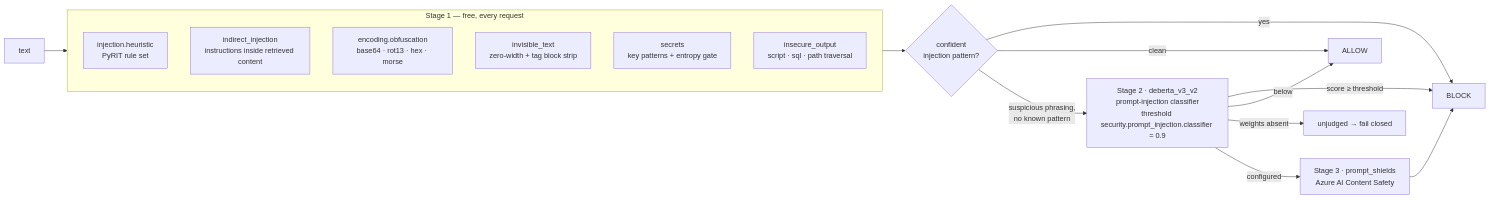
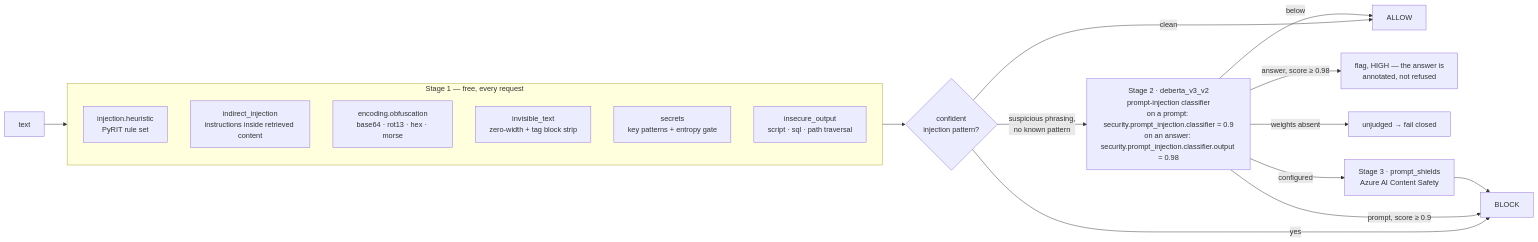
Before and after one commit to saimuthiki/RAI_AFNI: the third of 8 diagrams in README.md, drawn with Mermaid. The commit also changed other lines of this file and 13 other files, not shown here.

````diff
--- a/README.md
+++ b/README.md
@@ -562,22 +562,23 @@
 ```mermaid
 flowchart LR
     IN["text"] --> S1
     subgraph S1["Stage 1 — free, every request"]
       direction TB
       INJ["injection.heuristic<br/>PyRIT rule set"]
       IND["indirect_injection<br/>instructions inside retrieved content"]
       ENC["encoding.obfuscation<br/>base64 · rot13 · hex · morse"]
       INV["invisible_text<br/>zero-width + tag block strip"]
       SEC["secrets<br/>key patterns + entropy gate"]
       OUT["insecure_output<br/>script · sql · path traversal"]
     end
     S1 --> D{"confident<br/>injection pattern?"}
     D -->|"yes"| BLOCK["BLOCK"]
     D -->|"clean"| ALLOW["ALLOW"]
-    D -->|"suspicious phrasing,<br/>no known pattern"| S2["Stage 2 · deberta_v3_v2<br/>prompt-injection classifier<br/>threshold security.prompt_injection.classifier = 0.9"]
-    S2 -->|"score ≥ threshold"| BLOCK
+    D -->|"suspicious phrasing,<br/>no known pattern"| S2["Stage 2 · deberta_v3_v2<br/>prompt-injection classifier<br/>on a prompt: security.prompt_injection.classifier = 0.9<br/>on an answer: security.prompt_injection.classifier.output = 0.98"]
+    S2 -->|"prompt, score ≥ 0.9"| BLOCK
+    S2 -->|"answer, score ≥ 0.98"| FLAG["flag, HIGH — the answer is<br/>annotated, not refused"]
     S2 -->|"below"| ALLOW
     S2 -->|"weights absent"| UNJ["unjudged → fail closed"]
     S2 -->|"configured"| S3["Stage 3 · prompt_shields<br/>Azure AI Content Safety"]
     S3 --> BLOCK
 ```
````
